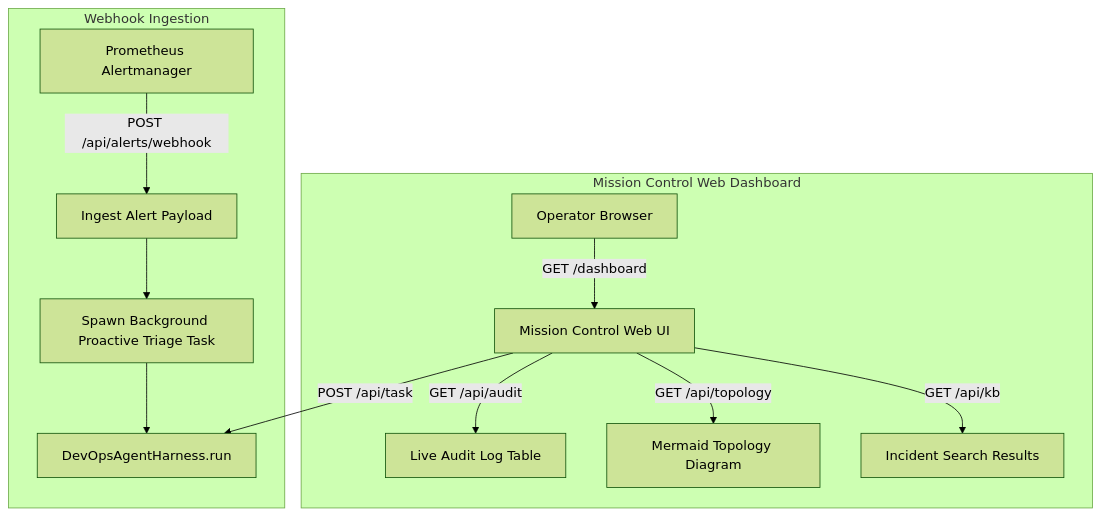
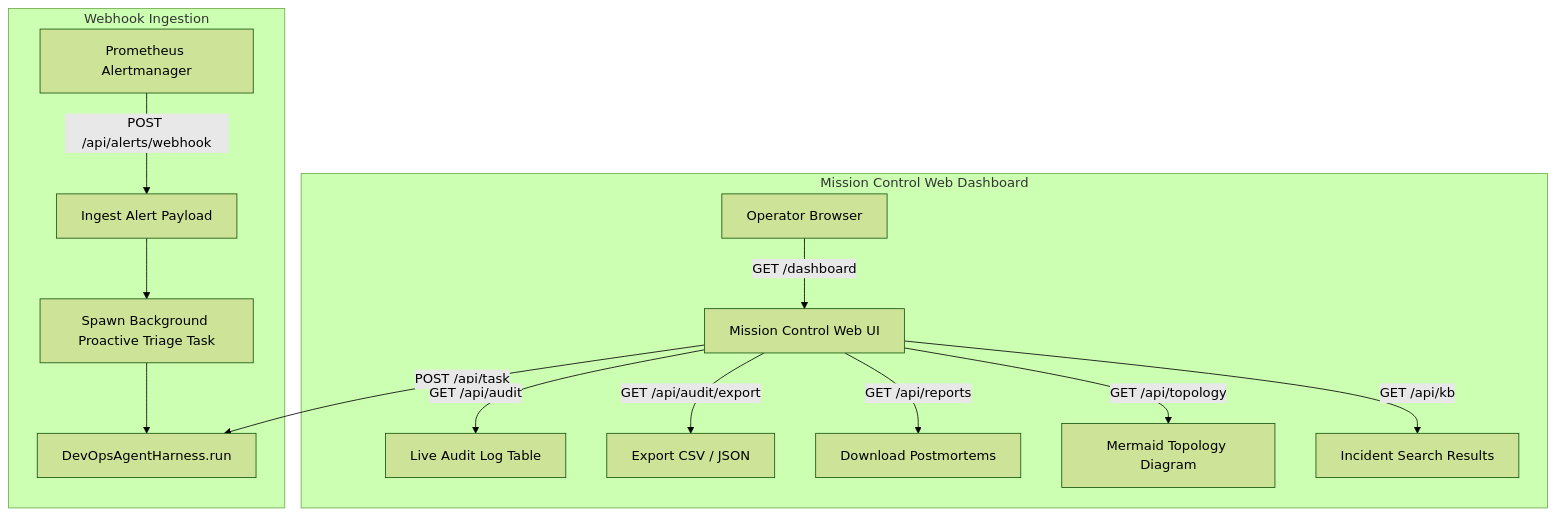
Before and after one commit to williamsjoshua005/devops-agent: the diagram in docs/specs/22-mission-control-web-console.md, drawn with Mermaid (forest theme). The commit also changed other lines of this file and 6 other files, not shown here.

Commit message:
feat: add 1-click report download, audit export (CSV/JSON), and postmortem catalog to Mission Control

````diff
--- a/docs/specs/22-mission-control-web-console.md
+++ b/docs/specs/22-mission-control-web-console.md
@@ -22,16 +25,18 @@
 ```mermaid
 flowchart TD
     subgraph Webhook_Ingestion ["Webhook Ingestion"]
         Alertmanager["Prometheus Alertmanager"] -->|POST /api/alerts/webhook| IngestAlert["Ingest Alert Payload"]
         IngestAlert --> AutoTriage["Spawn Background Proactive Triage Task"]
         AutoTriage --> AgentHarness["DevOpsAgentHarness.run"]
     end
 
     subgraph Mission_Dashboard ["Mission Control Web Dashboard"]
         Operator["Operator Browser"] -->|GET /dashboard| DashboardUI["Mission Control Web UI"]
         DashboardUI -->|POST /api/task| AgentHarness
         DashboardUI -->|GET /api/audit| AuditTable["Live Audit Log Table"]
+        DashboardUI -->|GET /api/audit/export| ExportAudit["Export CSV / JSON"]
+        DashboardUI -->|GET /api/reports| ReportList["Download Postmortems"]
         DashboardUI -->|GET /api/topology| TopoGraph["Mermaid Topology Diagram"]
         DashboardUI -->|GET /api/kb| KBSearch["Incident Search Results"]
     end
 ```
````
